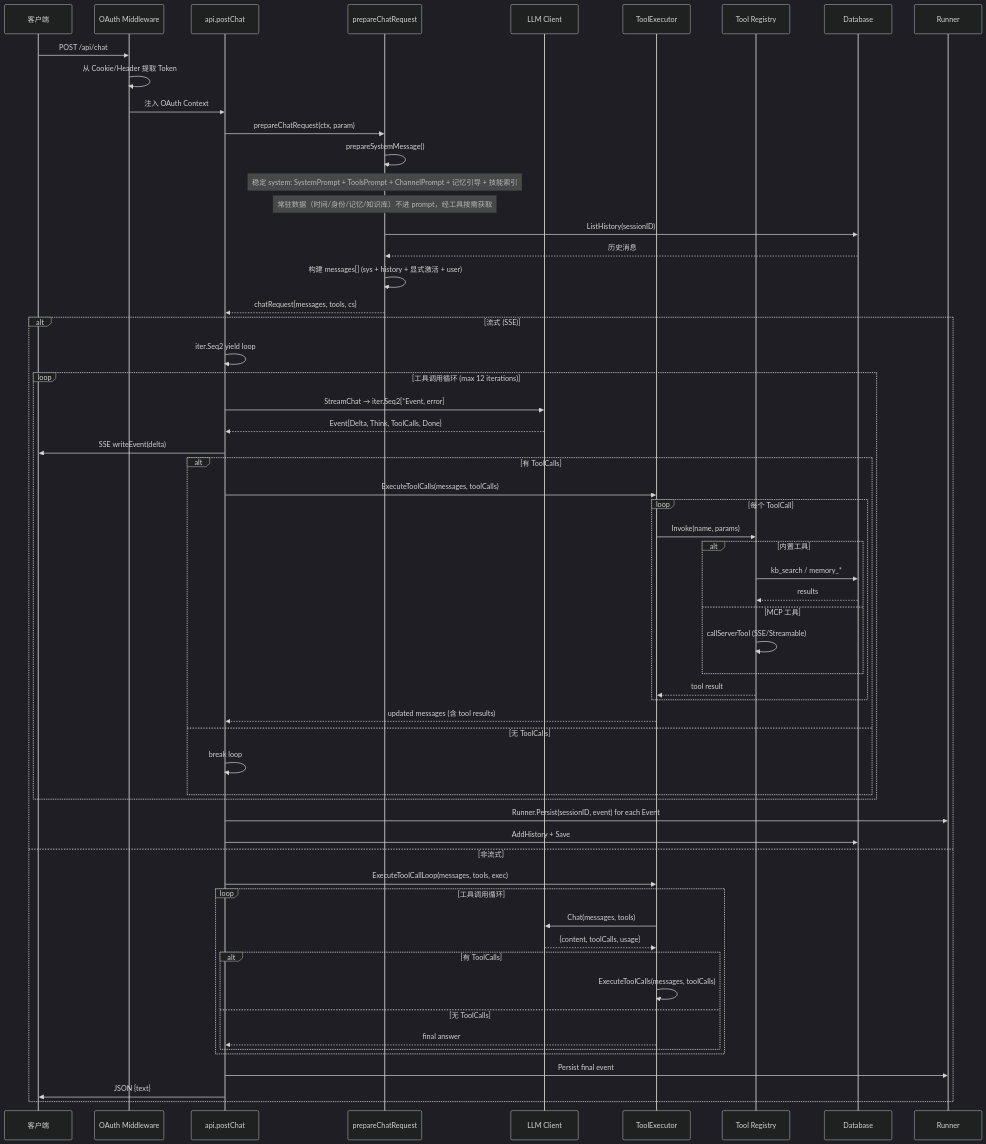
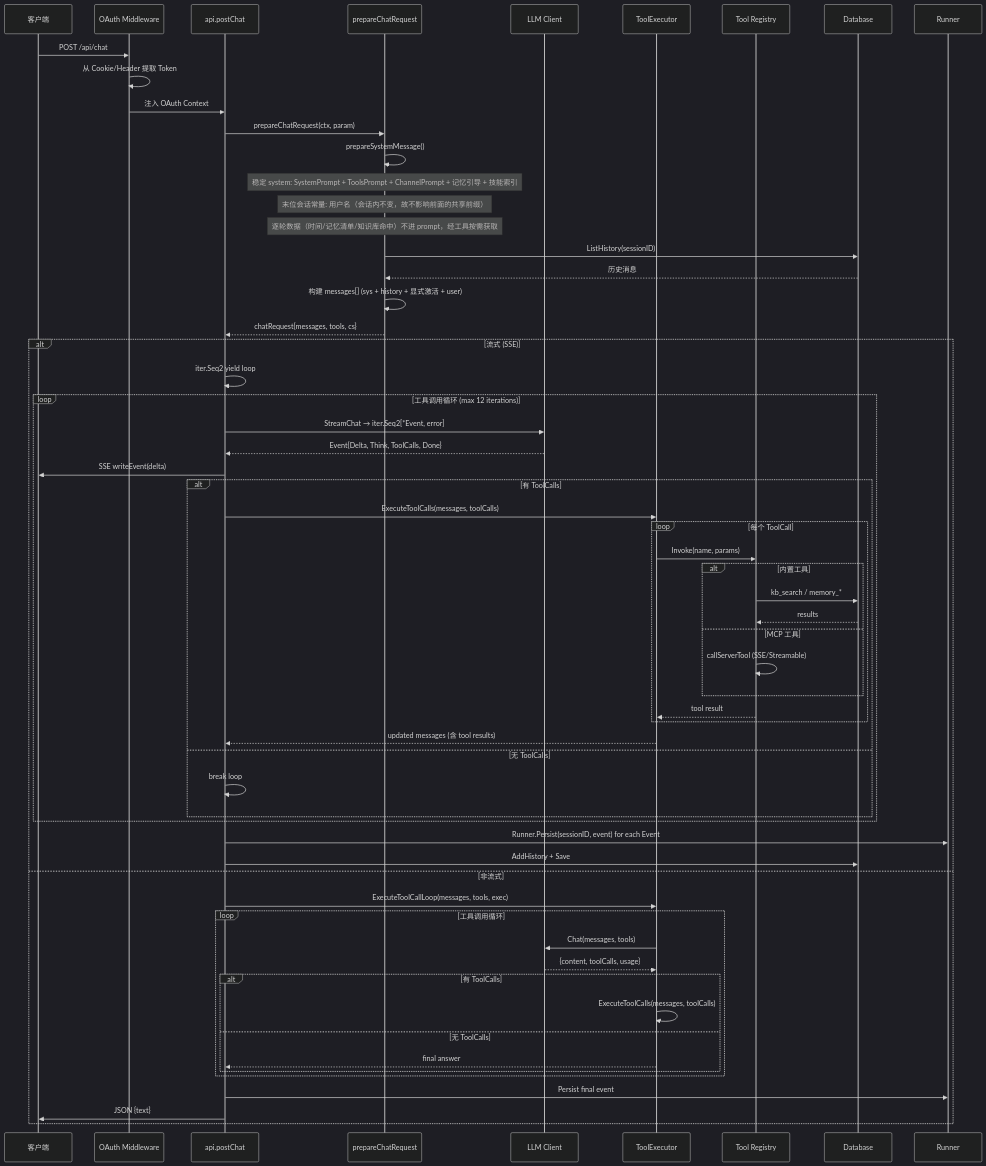
The second of 7 diagrams in docs/WORKFLOWS.md (liut/morign), drawn with Mermaid (dark theme) before and after one commit. The commit also changed 7 other files, not shown here.

````diff
--- a/docs/WORKFLOWS.md
+++ b/docs/WORKFLOWS.md
@@ -21,65 +21,66 @@
 ```mermaid
 sequenceDiagram
     participant Client as 客户端
     participant MW as OAuth Middleware
     participant API as api.postChat
     participant Prep as prepareChatRequest
     participant LLM as LLM Client
     participant TE as ToolExecutor
     participant TR as Tool Registry
     participant DB as Database
 
     Client->>MW: POST /api/chat
     MW->>MW: 从 Cookie/Header 提取 Token
     MW->>API: 注入 OAuth Context
 
     API->>Prep: prepareChatRequest(ctx, param)
     Prep->>Prep: prepareSystemMessage()
     Note over Prep: 稳定 system: SystemPrompt + ToolsPrompt + ChannelPrompt + 记忆引导 + 技能索引
-    Note over Prep: 常驻数据（时间/身份/记忆/知识库）不进 prompt，经工具按需获取
+    Note over Prep: 末位会话常量: 用户名（会话内不变，故不影响前面的共享前缀）
+    Note over Prep: 逐轮数据（时间/记忆清单/知识库命中）不进 prompt，经工具按需获取
 
     Prep->>DB: ListHistory(sessionID)
     DB-->>Prep: 历史消息
     Prep->>Prep: 构建 messages[] (sys + history + 显式激活 + user)
     Prep-->>API: chatRequest{messages, tools, cs}
 
     alt 流式 (SSE)
         API->>API: iter.Seq2 yield loop
         loop 工具调用循环 (max 12 iterations)
             API->>LLM: StreamChat → iter.Seq2[*Event, error]
             LLM-->>API: Event{Delta, Think, ToolCalls, Done}
             API->>Client: SSE writeEvent(delta)
             alt 有 ToolCalls
                 API->>TE: ExecuteToolCalls(messages, toolCalls)
                 loop 每个 ToolCall
                     TE->>TR: Invoke(name, params)
                     alt 内置工具
                         TR->>DB: kb_search / memory_*
                         DB-->>TR: results
                     else MCP 工具
                         TR->>TR: callServerTool (SSE/Streamable)
                     end
                     TR-->>TE: tool result
                 end
                 TE-->>API: updated messages (含 tool results)
             else 无 ToolCalls
                 API->>API: break loop
             end
         end
         API->>Runner: Runner.Persist(sessionID, event) for each Event
         API->>DB: AddHistory + Save
     else 非流式
         API->>TE: ExecuteToolCallLoop(messages, tools, exec)
         loop 工具调用循环
             TE->>LLM: Chat(messages, tools)
             LLM-->>TE: {content, toolCalls, usage}
             alt 有 ToolCalls
                 TE->>TE: ExecuteToolCalls(messages, toolCalls)
             else 无 ToolCalls
                 TE-->>API: final answer
             end
         end
         API->>Runner: Persist final event
         API->>Client: JSON {text}
     end
 ```
````
